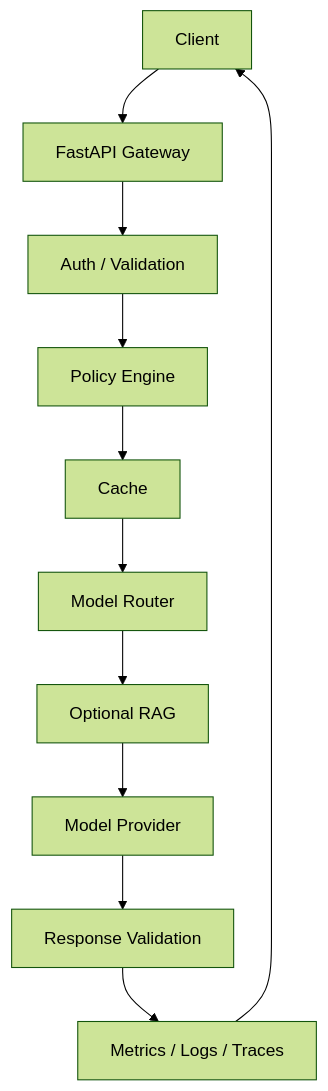
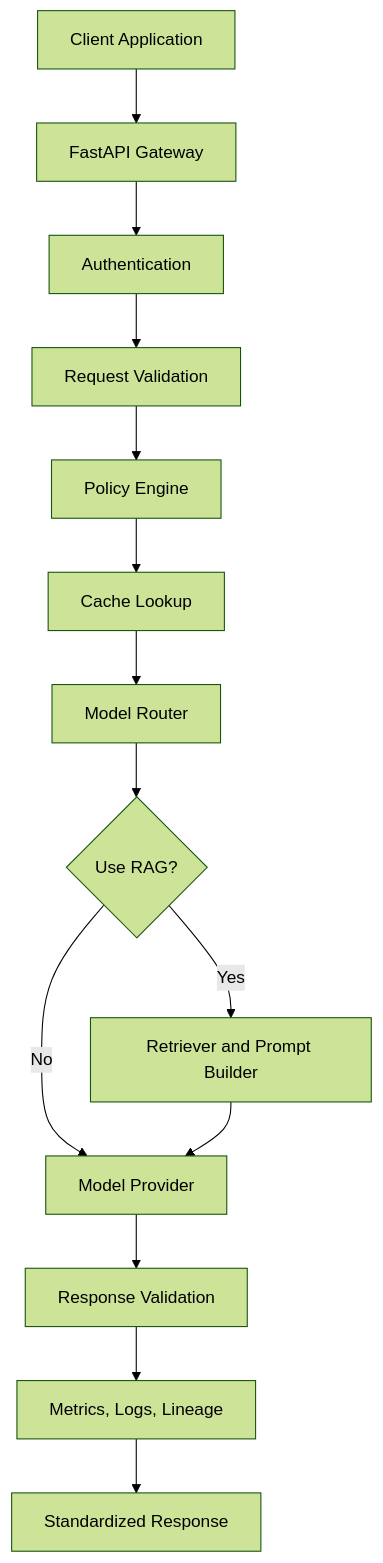
The first of 3 diagrams in README.md (maheshchilukamari/LLM-Gateway-Foundation-Model-Hosting-Platform), drawn with Mermaid (forest theme) before and after one commit. The commit also changed other lines of this file, not shown here.

````diff
--- a/README.md
+++ b/README.md
@@ -46,13 +99,16 @@
 ```mermaid
 flowchart TD
-    Client[Client] --> Gateway[FastAPI Gateway]
-    Gateway --> Auth[Auth / Validation]
-    Auth --> Policy[Policy Engine]
-    Policy --> Cache[Cache]
+    Client[Client Application] --> Gateway[FastAPI Gateway]
+    Gateway --> Auth[Authentication]
+    Auth --> Validation[Request Validation]
+    Validation --> Policy[Policy Engine]
+    Policy --> Cache[Cache Lookup]
     Cache --> Router[Model Router]
-    Router --> Rag[Optional RAG]
-    Rag --> Provider[Model Provider]
-    Provider --> Validator[Response Validation]
-    Validator --> Obs[Metrics / Logs / Traces]
-    Obs --> Client
+    Router --> Rag{Use RAG?}
+    Rag -->|Yes| Retrieve[Retriever and Prompt Builder]
+    Rag -->|No| Provider[Model Provider]
+    Retrieve --> Provider
+    Provider --> ResponseValidation[Response Validation]
+    ResponseValidation --> Observability[Metrics, Logs, Lineage]
+    Observability --> ClientResponse[Standardized Response]
 ```
````
